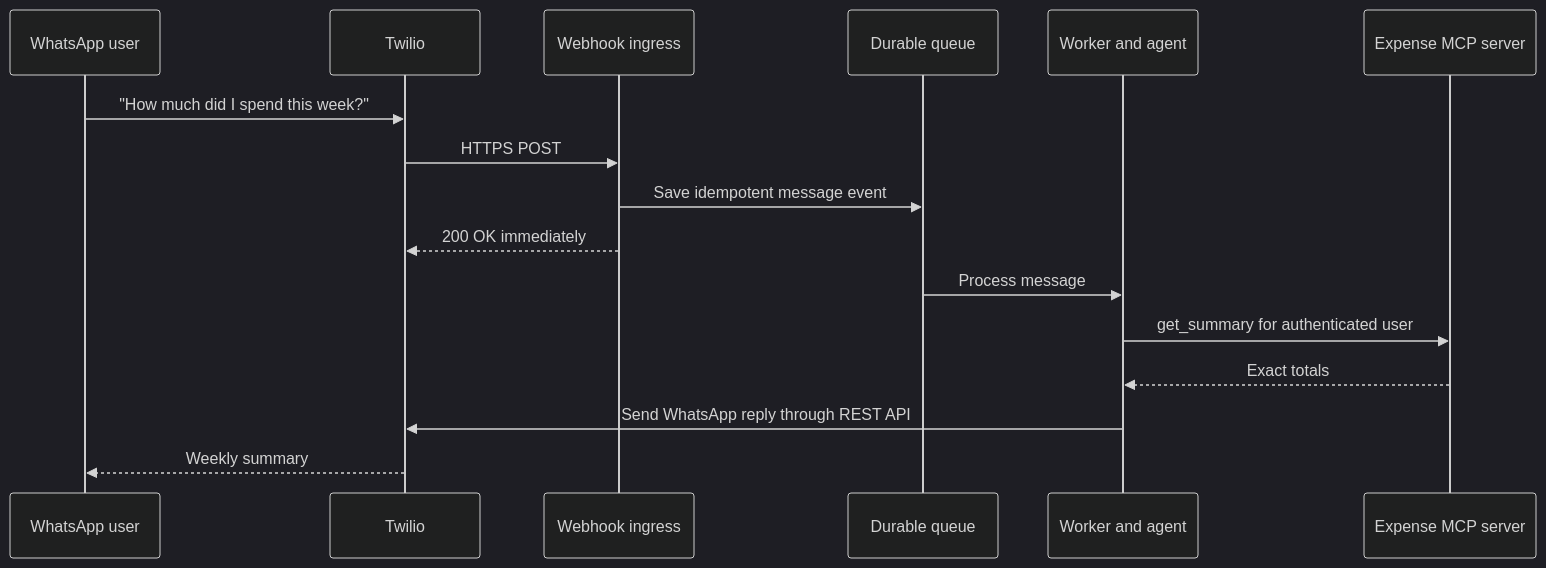
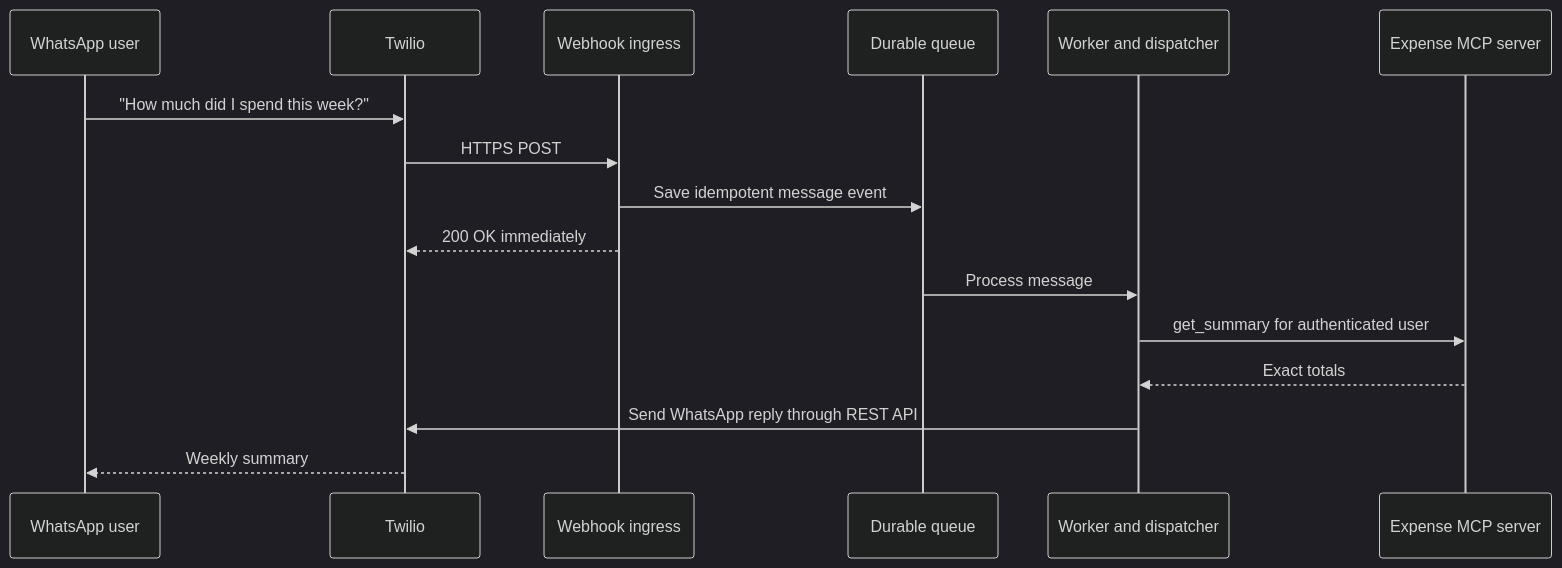
Before and after one commit to Abijith97/expense-tracker-with-mcp: the second of 2 diagrams in README.md, drawn with Mermaid (dark theme). The commit also changed other lines of this file and 4 other files, not shown here.

Commit message:
Simplify LLM to MCP dispatch flow

````diff
--- a/README.md
+++ b/README.md
@@ -98,19 +114,19 @@
 ```mermaid
 sequenceDiagram
     participant U as WhatsApp user
     participant T as Twilio
     participant I as Webhook ingress
     participant Q as Durable queue
-    participant W as Worker and agent
+    participant W as Worker and dispatcher
     participant M as Expense MCP server
 
     U->>T: "How much did I spend this week?"
     T->>I: HTTPS POST
     I->>Q: Save idempotent message event
     I-->>T: 200 OK immediately
     Q->>W: Process message
     W->>M: get_summary for authenticated user
     M-->>W: Exact totals
     W->>T: Send WhatsApp reply through REST API
     T-->>U: Weekly summary
 ```
````
